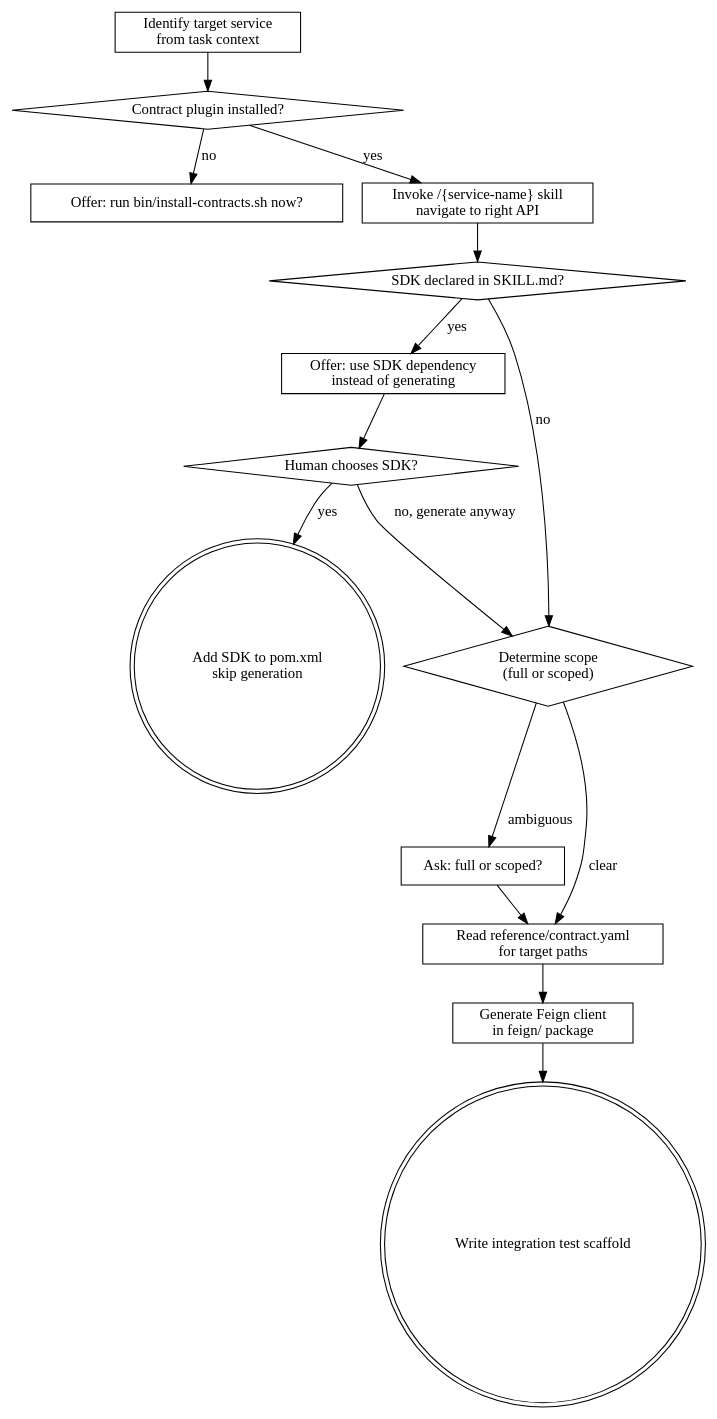
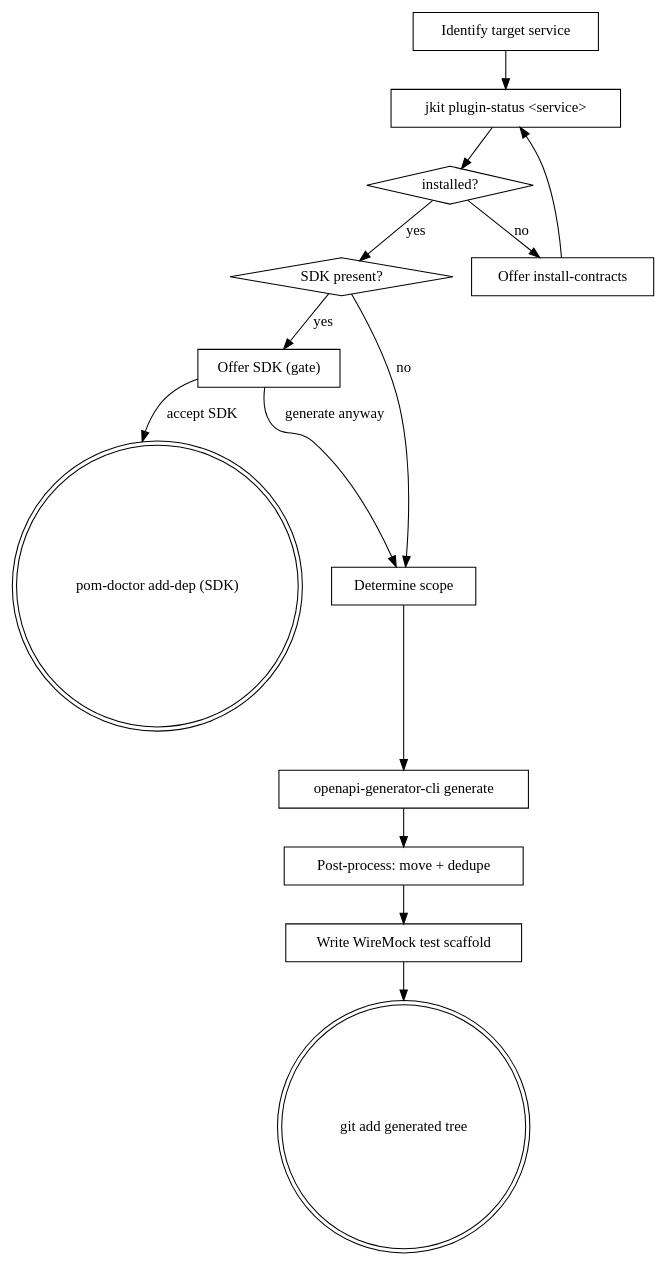
Before and after one commit to honghaowuu/jkit: the diagram in skills/generate-feign/SKILL.md, drawn with Graphviz. The commit also changed other lines of this file and 2 other files, not shown here.

First line of the commit message:
feat: extend pom-doctor + add jkit plugin-status; rewrite generate-feign

````diff
--- a/skills/generate-feign/SKILL.md
+++ b/skills/generate-feign/SKILL.md
@@ -21,32 +34,30 @@
 ```dot
 digraph generate_feign {
-    "Identify target service\nfrom task context" [shape=box];
-    "Contract plugin installed?" [shape=diamond];
-    "Offer: run bin/install-contracts.sh now?" [shape=box];
-    "Invoke /{service-name} skill\nnavigate to right API" [shape=box];
-    "SDK declared in SKILL.md?" [shape=diamond];
-    "Offer: use SDK dependency\ninstead of generating" [shape=box];
-    "Human chooses SDK?" [shape=diamond];
-    "Add SDK to pom.xml\nskip generation" [shape=doublecircle];
-    "Determine scope\n(full or scoped)" [shape=diamond];
-    "Ask: full or scoped?" [shape=box];
-    "Read reference/contract.yaml\nfor target paths" [shape=box];
-    "Generate Feign client\nin feign/ package" [shape=box];
-    "Write integration test scaffold" [shape=doublecircle];
+    "Identify target service" [shape=box];
+    "jkit plugin-status <service>" [shape=box];
+    "installed?" [shape=diamond];
+    "Offer install-contracts" [shape=box];
+    "SDK present?" [shape=diamond];
+    "Offer SDK (gate)" [shape=box];
+    "pom-doctor add-dep (SDK)" [shape=doublecircle];
+    "Determine scope" [shape=box];
+    "openapi-generator-cli generate" [shape=box];
+    "Post-process: move + dedupe" [shape=box];
+    "Write WireMock test scaffold" [shape=box];
+    "git add generated tree" [shape=doublecircle];
 
-    "Identify target service\nfrom task context" -> "Contract plugin installed?";
-    "Contract plugin installed?" -> "Offer: run bin/install-contracts.sh now?" [label="no"];
-    "Contract plugin installed?" -> "Invoke /{service-name} skill\nnavigate to right API" [label="yes"];
-    "Invoke /{service-name} skill\nnavigate to right API" -> "SDK declared in SKILL.md?";
-    "SDK declared in SKILL.md?" -> "Offer: use SDK dependency\ninstead of generating" [label="yes"];
-    "SDK declared in SKILL.md?" -> "Determine scope\n(full or scoped)" [label="no"];
-    "Offer: use SDK dependency\ninstead of generating" -> "Human chooses SDK?";
-    "Human chooses SDK?" -> "Add SDK to pom.xml\nskip generation" [label="yes"];
-    "Human chooses SDK?" -> "Determine scope\n(full or scoped)" [label="no, generate anyway"];
-    "Determine scope\n(full or scoped)" -> "Ask: full or scoped?" [label="ambiguous"];
-    "Determine scope\n(full or scoped)" -> "Read reference/contract.yaml\nfor target paths" [label="clear"];
-    "Ask: full or scoped?" -> "Read reference/contract.yaml\nfor target paths";
-    "Read reference/contract.yaml\nfor target paths" -> "Generate Feign client\nin feign/ package";
-    "Generate Feign client\nin feign/ package" -> "Write integration test scaffold";
+    "Identify target service" -> "jkit plugin-status <service>";
+    "jkit plugin-status <service>" -> "installed?";
+    "installed?" -> "Offer install-contracts" [label="no"];
+    "Offer install-contracts" -> "jkit plugin-status <service>";
+    "installed?" -> "SDK present?" [label="yes"];
+    "SDK present?" -> "Offer SDK (gate)" [label="yes"];
+    "Offer SDK (gate)" -> "pom-doctor add-dep (SDK)" [label="accept SDK"];
+    "Offer SDK (gate)" -> "Determine scope" [label="generate anyway"];
+    "SDK present?" -> "Determine scope" [label="no"];
+    "Determine scope" -> "openapi-generator-cli generate";
+    "openapi-generator-cli generate" -> "Post-process: move + dedupe";
+    "Post-process: move + dedupe" -> "Write WireMock test scaffold";
+    "Write WireMock test scaffold" -> "git add generated tree";
 }
 ```
````
